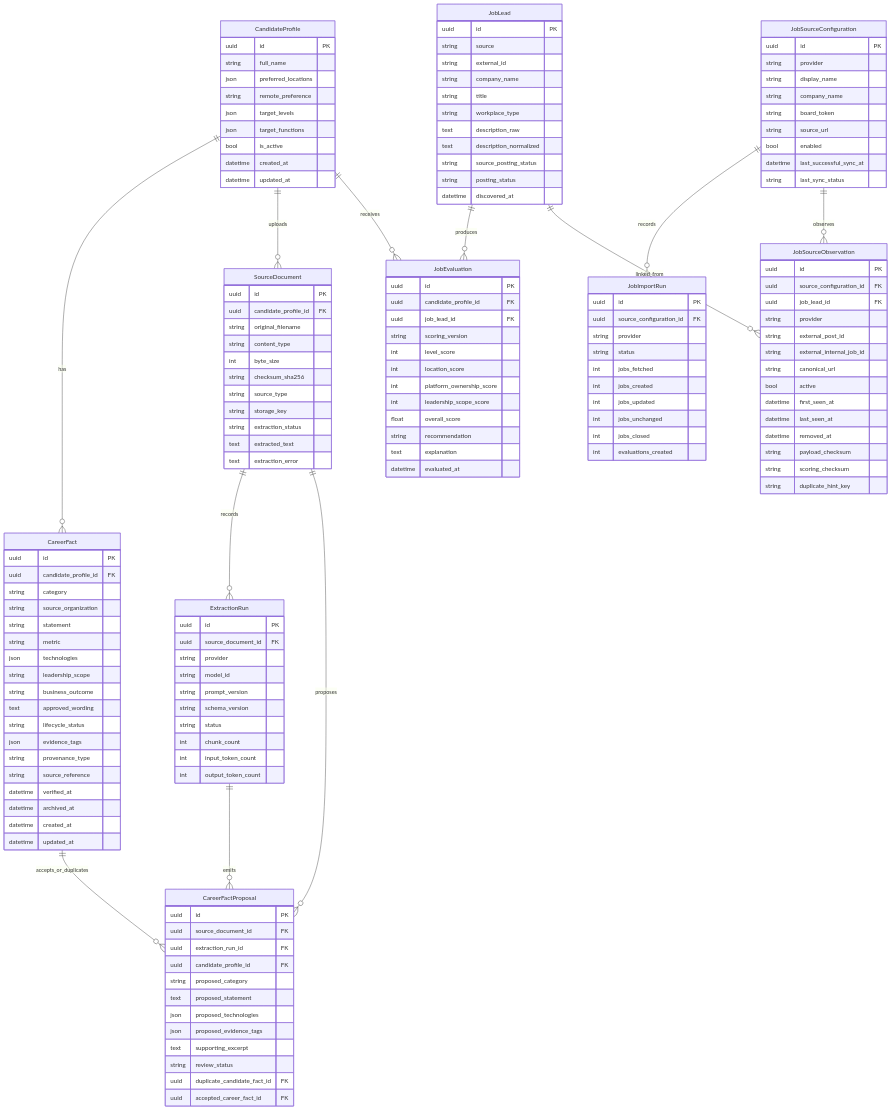
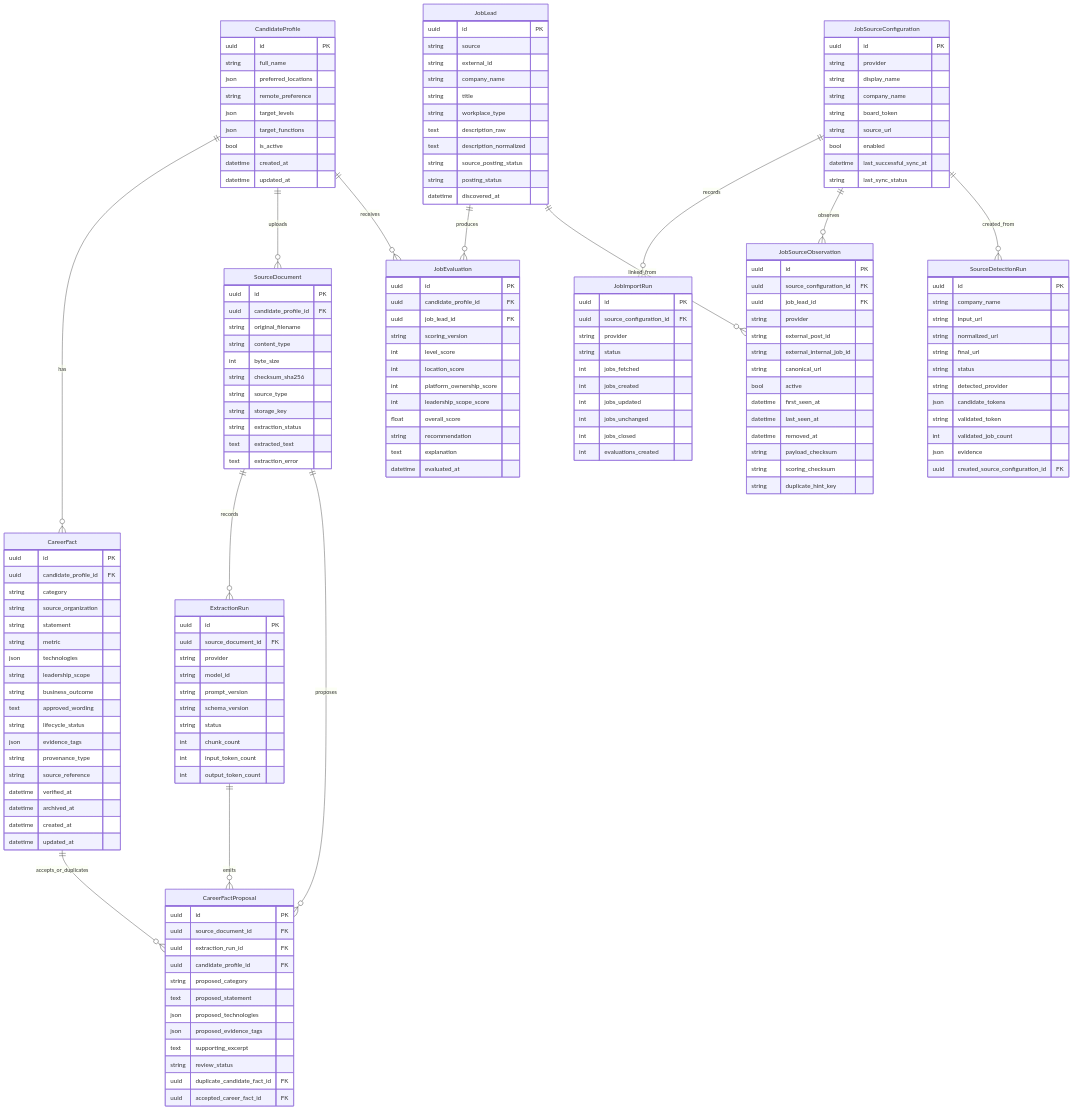
One commit to radiation/ai-job-assistant changed the diagram in docs/architecture.md. Above: the diagram before and after it, drawn with Mermaid. The commit also changed other lines of this file and 28 other files, not shown here.

Commit message:
Initial implementation of greenhouse source detection

```diff
--- a/docs/architecture.md
+++ b/docs/architecture.md
@@ -39,6 +40,7 @@
     JobLead ||--o{ JobEvaluation : produces
     JobSourceConfiguration ||--o{ JobImportRun : records
     JobSourceConfiguration ||--o{ JobSourceObservation : observes
+    JobSourceConfiguration ||--o{ SourceDetectionRun : created_from
     JobLead ||--o{ JobSourceObservation : linked_from
 
     CandidateProfile {
@@ -155,6 +157,21 @@
         int evaluations_created
     }
 
+    SourceDetectionRun {
+        uuid id PK
+        string company_name
+        string input_url
+        string normalized_url
+        string final_url
+        string status
+        string detected_provider
+        json candidate_tokens
+        string validated_token
+        int validated_job_count
+        json evidence
+        uuid created_source_configuration_id FK
+    }
+
     JobSourceObservation {
         uuid id PK
         uuid source_configuration_id FK
```
